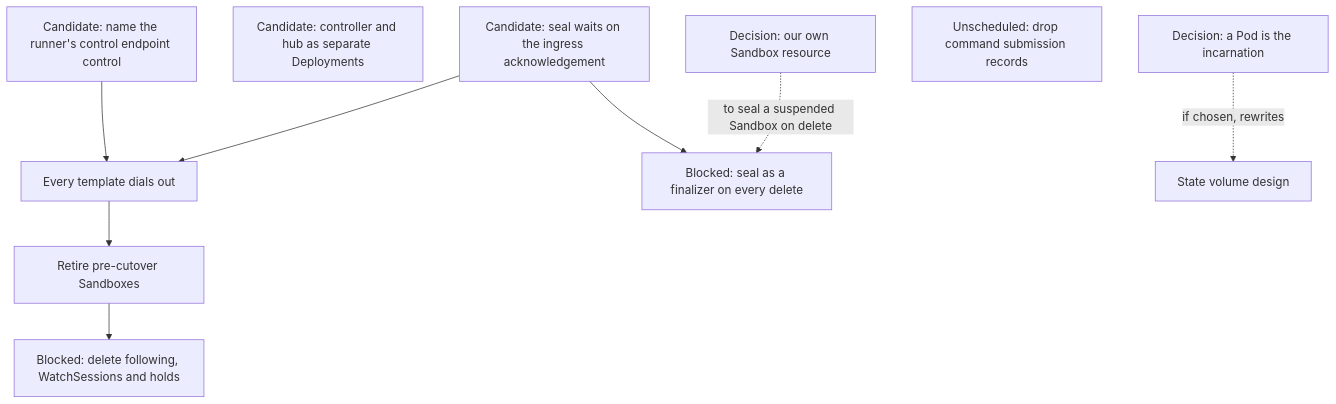
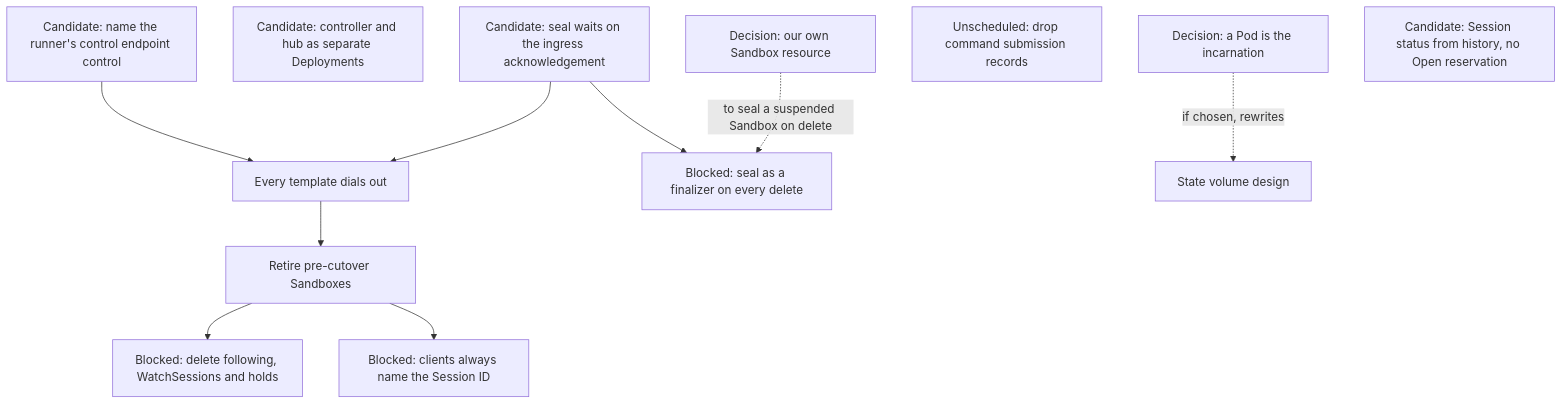
Diagram 12 of 12 in agentplane/plans/task_dag.md (agentydragon/ducktape), drawn with Mermaid before and after one commit. The commit also changed other lines of this file, not shown here.

First line of the commit message:
agentplane/plans: removal nodes for the Session ID and endpoint transitions

````diff
--- a/agentplane/plans/task_dag.md
+++ b/agentplane/plans/task_dag.md
@@ -911,20 +913,23 @@
 ```mermaid
 flowchart TD
     SEAL_ON_INGRESS_ACK[Candidate: seal waits on the ingress acknowledgement]
     RUNNER_OUTBOUND_ROLLOUT[Every template dials out]
     LEGACY_SANDBOX_RETIRE[Retire pre-cutover Sandboxes]
     FOLLOW_PATH_RETIRE[Blocked: delete following, WatchSessions and holds]
     SANDBOX_SERVICE_DEPLOYMENT_SPLIT[Candidate: controller and hub as separate Deployments]
     AGENTPLANE_SANDBOX_RESOURCE[Decision: our own Sandbox resource]
     POD_INCARNATION[Decision: a Pod is the incarnation]
     SEAL_FINALIZER[Blocked: seal as a finalizer on every delete]
     COMMAND_RECORDS_RETIRE[Unscheduled: drop command submission records]
     RUNNER_CONTROL_RENAME[Candidate: name the runner's control endpoint control]
     RUNNER_CONTROL_RENAME --> RUNNER_OUTBOUND_ROLLOUT
+    SESSION_ID_MINT_RETIRE[Blocked: clients always name the Session ID]
+    LOOKUP_SESSION_RETIRE[Candidate: Session status from history, no Open reservation]
     SEAL_ON_INGRESS_ACK --> RUNNER_OUTBOUND_ROLLOUT
     RUNNER_OUTBOUND_ROLLOUT --> LEGACY_SANDBOX_RETIRE
     LEGACY_SANDBOX_RETIRE --> FOLLOW_PATH_RETIRE
     SEAL_ON_INGRESS_ACK --> SEAL_FINALIZER
     AGENTPLANE_SANDBOX_RESOURCE -. to seal a suspended Sandbox on delete .-> SEAL_FINALIZER
     POD_INCARNATION -. if chosen, rewrites .-> SESSION_STATE_VOLUME_DESIGN[State volume design]
+    LEGACY_SANDBOX_RETIRE --> SESSION_ID_MINT_RETIRE
 ```
````
